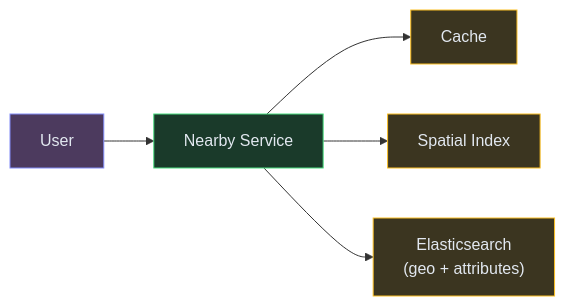
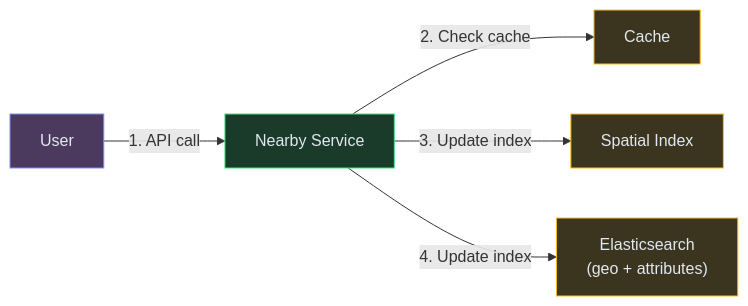
One commit to iluzn/HLD-Designs changed the fourth of 6 diagrams in content/hld/NearbyService.md. Above: the diagram before and after it, drawn with Mermaid. The commit also changed other lines of this file and 27 other files, not shown here.

````diff
--- a/content/hld/NearbyService.md
+++ b/content/hld/NearbyService.md
@@ -230,17 +230,17 @@
 ```mermaid
 flowchart LR
     USER["User"]:::client
     NEARBY["Nearby Service"]:::service
     GEODEX["Spatial Index"]:::data
     SEARCH["Elasticsearch<br/>(geo + attributes)"]:::data
     CACHE["Cache"]:::data
 
-    USER --> NEARBY
-    NEARBY --> CACHE
-    NEARBY --> GEODEX
-    NEARBY --> SEARCH
+    USER -->|"1. API call"| NEARBY
+    NEARBY -->|"2. Check cache"| CACHE
+    NEARBY -->|"3. Update index"| GEODEX
+    NEARBY -->|"4. Update index"| SEARCH
 
     classDef client fill:#4c3a5e,stroke:#818cf8,color:#e2e8f0
     classDef service fill:#1a3a2a,stroke:#4ade80,color:#e2e8f0
     classDef data fill:#3b3520,stroke:#fbbf24,color:#e2e8f0
 ```
````
